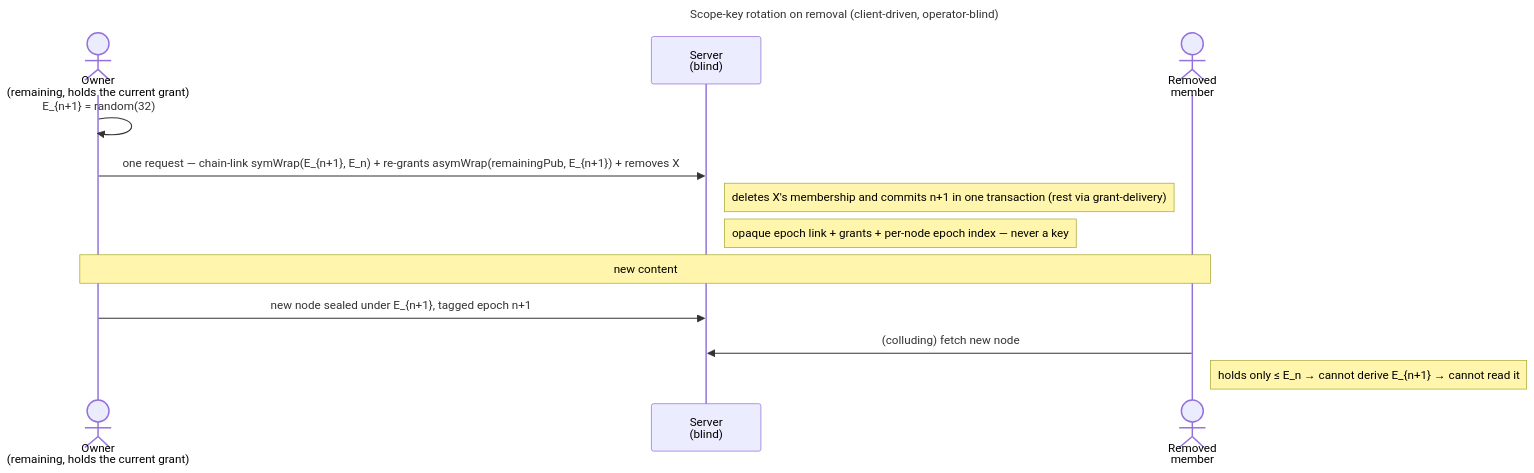
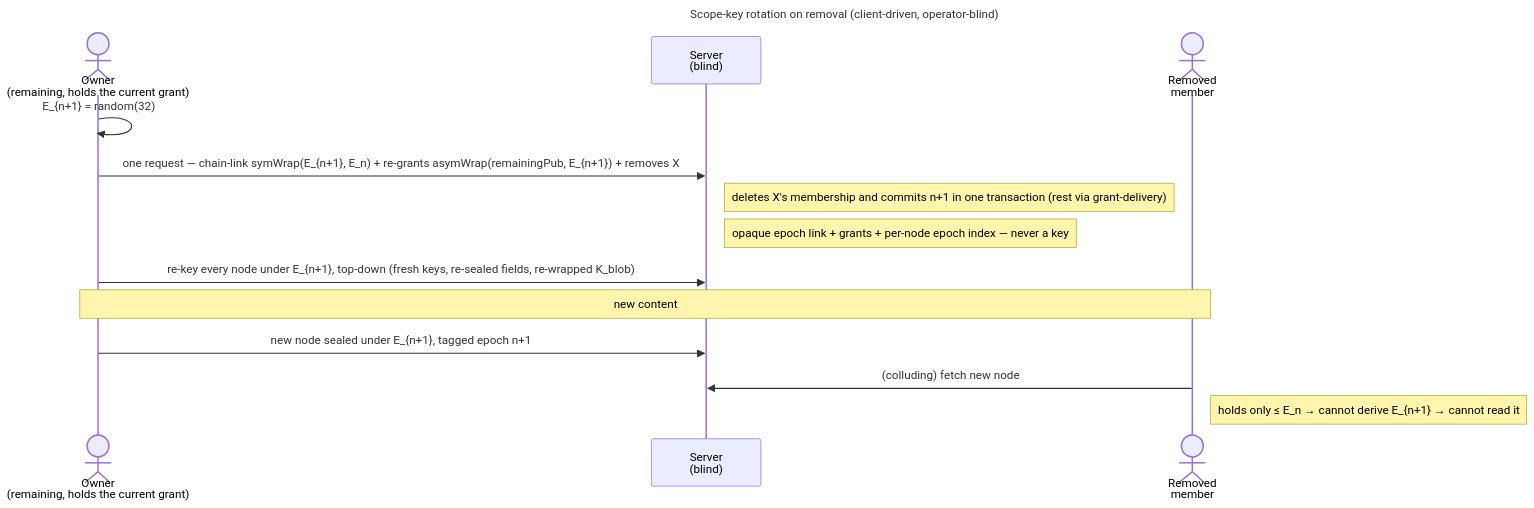
The diagram in docs/features/spaces/enablers/en.spaces.scope-key-rotation.md (raddatzk/veyq), drawn with Mermaid before and after one commit. The commit also changed other lines of this file and 28 other files, not shown here.

First line of the commit message:
docs: every rotation re-keys every node — the site, use cases, ADRs and coverage say what is built (ADR 0109, #518, #519)

````diff
--- a/docs/features/spaces/enablers/en.spaces.scope-key-rotation.md
+++ b/docs/features/spaces/enablers/en.spaces.scope-key-rotation.md
@@ -59,17 +68,18 @@
 ```mermaid
 ---
 title: Scope-key rotation on removal (client-driven, operator-blind)
 ---
 sequenceDiagram
   actor O as Owner<br>(remaining, holds the current grant)
   participant S as Server<br>(blind)
   actor X as Removed<br>member
   O->>O: E_{n+1} = random(32)
   O->>S: one request — chain-link symWrap(E_{n+1}, E_n) + re-grants asymWrap(remainingPub, E_{n+1}) + removes X
   Note right of S: deletes X's membership and commits n+1 in one transaction (rest via grant-delivery)
   Note right of S: opaque epoch link + grants + per-node epoch index — never a key
+  O->>S: re-key every node under E_{n+1}, top-down (fresh keys, re-sealed fields, re-wrapped K_blob)
   Note over O,X: new content
   O->>S: new node sealed under E_{n+1}, tagged epoch n+1
   X->>S: (colluding) fetch new node
   Note right of X: holds only ≤ E_n → cannot derive E_{n+1} → cannot read it
 ```
````
